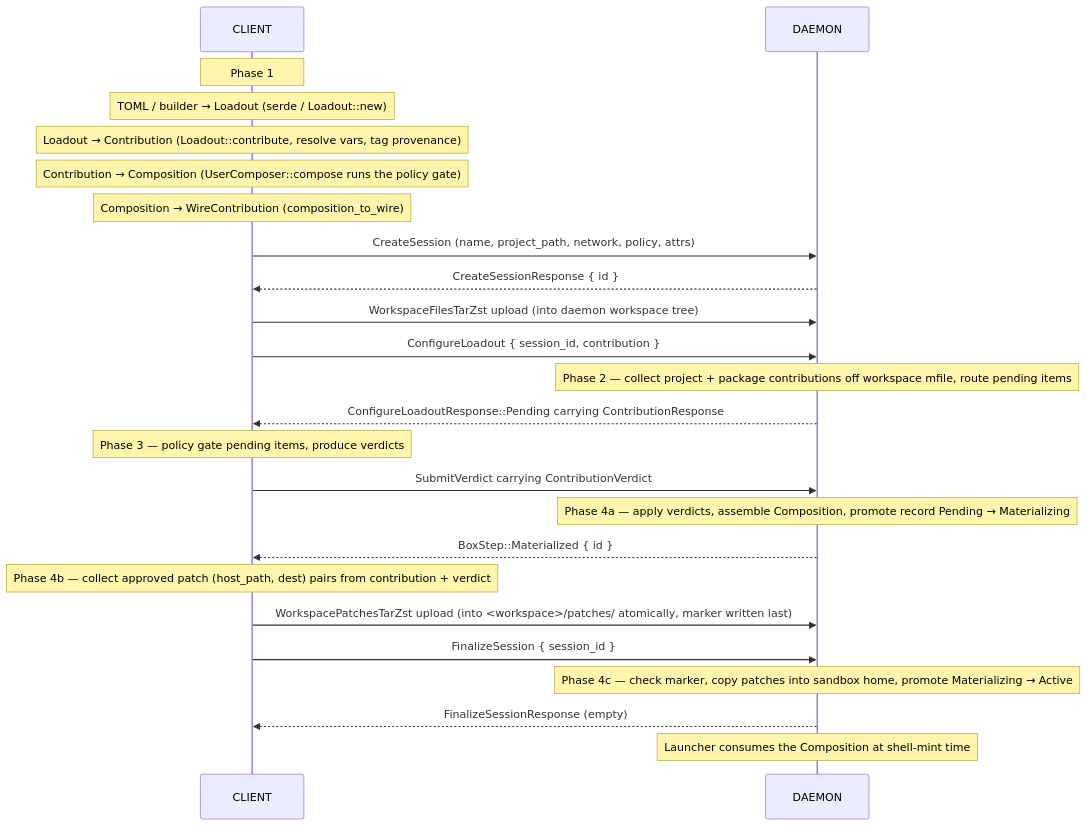
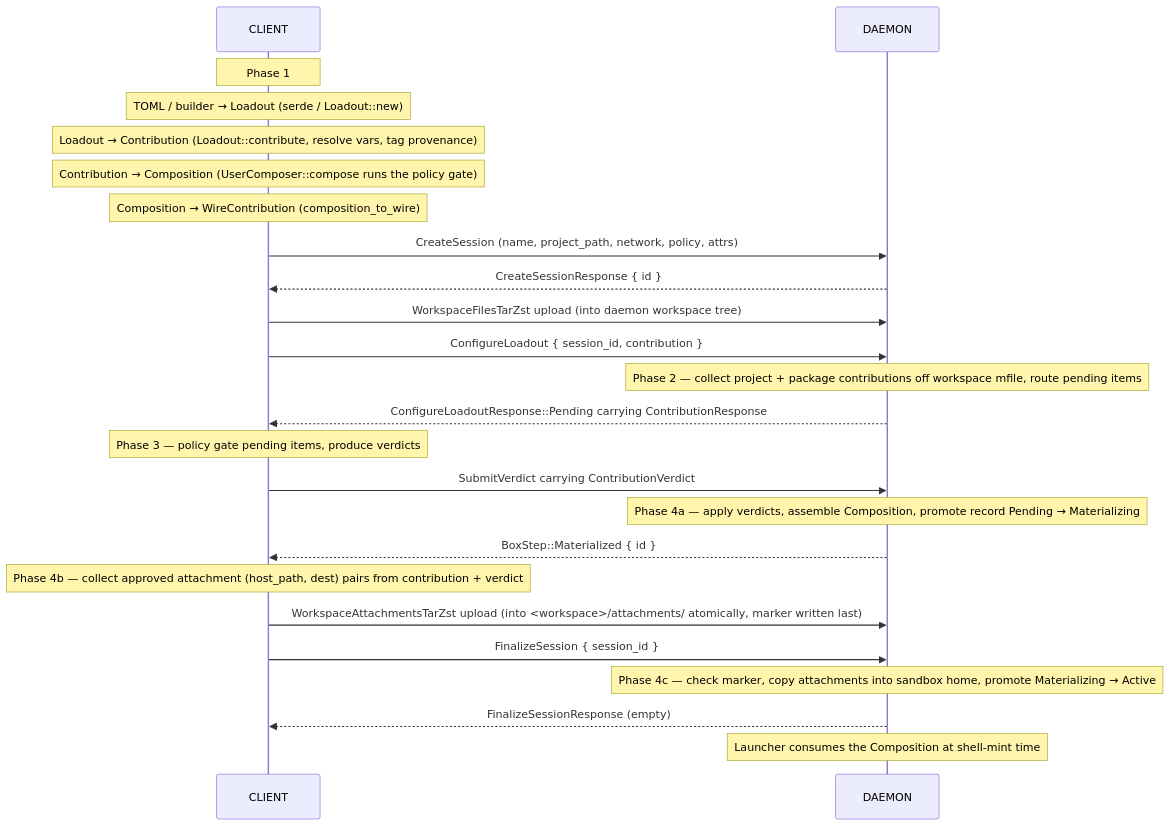
One commit to evanspearman/minimal changed the first of 2 diagrams in crates/boxes/docs/COMPOSITION.md. Above: the diagram before and after it, drawn with Mermaid. The commit also changed other lines of this file and 11 other files, not shown here.

First line of the commit message:
docs: call loadout and project patches attachments

````diff
--- a/crates/boxes/docs/COMPOSITION.md
+++ b/crates/boxes/docs/COMPOSITION.md
@@ -29,27 +29,27 @@
 ```mermaid
 sequenceDiagram
     participant C as CLIENT
     participant D as DAEMON
 
     Note over C: Phase 1
     Note over C: TOML / builder → Loadout (serde / Loadout::new)
     Note over C: Loadout → Contribution (Loadout::contribute, resolve vars, tag provenance)
     Note over C: Contribution → Composition (UserComposer::compose runs the policy gate)
     Note over C: Composition → WireContribution (composition_to_wire)
     C->>D: CreateSession (name, project_path, network, policy, attrs)
     D-->>C: CreateSessionResponse { id }
     C->>D: WorkspaceFilesTarZst upload (into daemon workspace tree)
     C->>D: ConfigureLoadout { session_id, contribution }
     Note over D: Phase 2 — collect project + package contributions off workspace mfile, route pending items
     D-->>C: ConfigureLoadoutResponse::Pending carrying ContributionResponse
     Note over C: Phase 3 — policy gate pending items, produce verdicts
     C->>D: SubmitVerdict carrying ContributionVerdict
     Note over D: Phase 4a — apply verdicts, assemble Composition, promote record Pending → Materializing
     D-->>C: BoxStep::Materialized { id }
-    Note over C: Phase 4b — collect approved patch (host_path, dest) pairs from contribution + verdict
-    C->>D: WorkspacePatchesTarZst upload (into <workspace>/patches/ atomically, marker written last)
+    Note over C: Phase 4b — collect approved attachment (host_path, dest) pairs from contribution + verdict
+    C->>D: WorkspaceAttachmentsTarZst upload (into <workspace>/attachments/ atomically, marker written last)
     C->>D: FinalizeSession { session_id }
-    Note over D: Phase 4c — check marker, copy patches into sandbox home, promote Materializing → Active
+    Note over D: Phase 4c — check marker, copy attachments into sandbox home, promote Materializing → Active
     D-->>C: FinalizeSessionResponse (empty)
     Note over D: Launcher consumes the Composition at shell-mint time
 ```
````
